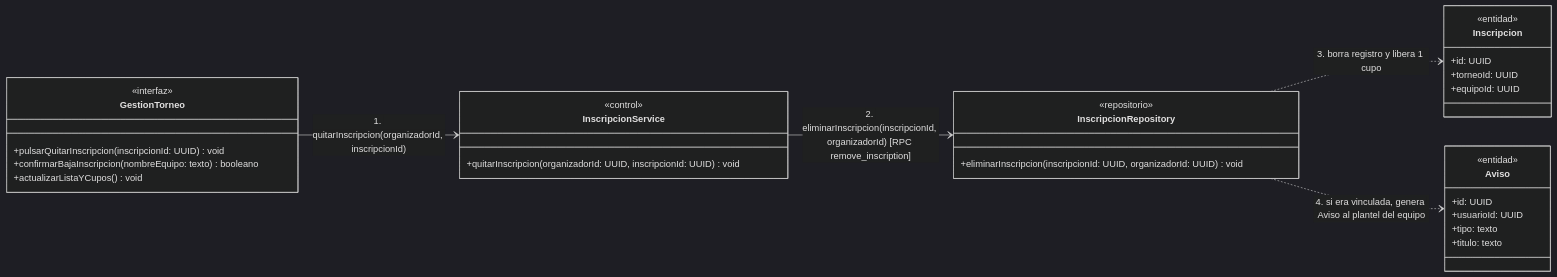
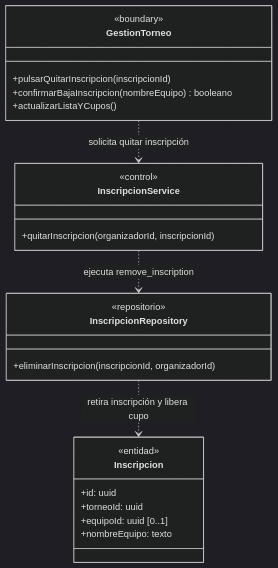
One commit to nicqletal/torneos-scraper changed the eighth of 8 diagrams in docs/diagramas-de-clase/organizador.md. Above: the diagram before and after it, drawn with Mermaid (dark theme). The commit also changed other lines of this file and 12 other files, not shown here.

Commit message:
Correcion Diagramas de Clase

````diff
--- a/docs/diagramas-de-clase/organizador.md
+++ b/docs/diagramas-de-clase/organizador.md
@@ -530,41 +469,28 @@
 ```mermaid
 classDiagram
-    direction LR
-
-    class GestionTorneo {
-        <<interfaz>>
-        +pulsarQuitarInscripcion(inscripcionId: UUID) void
-        +confirmarBajaInscripcion(nombreEquipo: texto) booleano
-        +actualizarListaYCupos() void
-    }
-
-    class InscripcionService {
-        <<control>>
-        +quitarInscripcion(organizadorId: UUID, inscripcionId: UUID) void
-    }
-
-    class InscripcionRepository {
-        <<repositorio>>
-        +eliminarInscripcion(inscripcionId: UUID, organizadorId: UUID) void
-    }
-
-    class Inscripcion {
-        <<entidad>>
-        +id: UUID
-        +torneoId: UUID
-        +equipoId: UUID
-    }
-
-    class Aviso {
-        <<entidad>>
-        +id: UUID
-        +usuarioId: UUID
-        +tipo: texto
-        +titulo: texto
-    }
-
-    GestionTorneo --> InscripcionService : 1. quitarInscripcion(organizadorId, inscripcionId)
-    InscripcionService --> InscripcionRepository : 2. eliminarInscripcion(inscripcionId, organizadorId) [RPC remove_inscription]
-    InscripcionRepository ..> Inscripcion : 3. borra registro y libera 1 cupo
-    InscripcionRepository ..> Aviso : 4. si era vinculada, genera Aviso al plantel del equipo
+direction TB
+class GestionTorneo {
+  <<boundary>>
+  +pulsarQuitarInscripcion(inscripcionId)
+  +confirmarBajaInscripcion(nombreEquipo) booleano
+  +actualizarListaYCupos()
+}
+class InscripcionService {
+  <<control>>
+  +quitarInscripcion(organizadorId, inscripcionId)
+}
+class InscripcionRepository {
+  <<repositorio>>
+  +eliminarInscripcion(inscripcionId, organizadorId)
+}
+class Inscripcion {
+  <<entidad>>
+  +id: uuid
+  +torneoId: uuid
+  +equipoId: uuid [0..1]
+  +nombreEquipo: texto
+}
+GestionTorneo ..> InscripcionService : solicita quitar inscripción
+InscripcionService ..> InscripcionRepository : ejecuta remove_inscription
+InscripcionRepository ..> Inscripcion : retira inscripción y libera cupo
 ```
````
